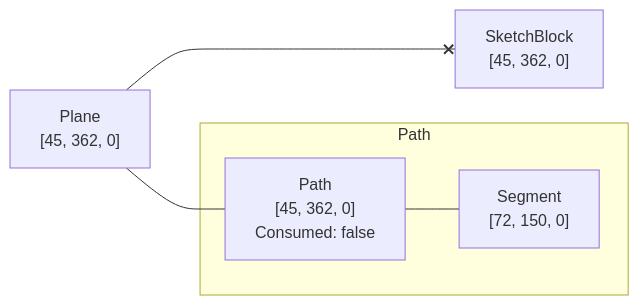
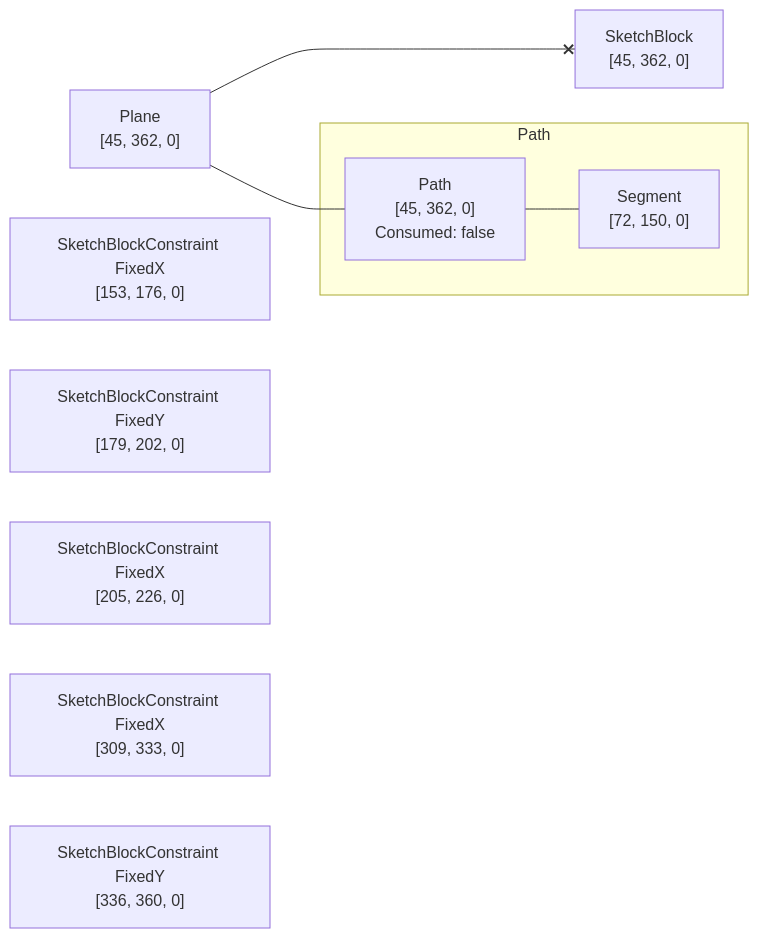
The diagram in rust/kcl-lib/tests/sketch_block_arc_using_center_simple/artifact_graph_flowchart.snap.md (KittyCAD/modeling-app), drawn with Mermaid before and after one commit. The commit also changed 25 other files, not shown here.

````diff
--- a/rust/kcl-lib/tests/sketch_block_arc_using_center_simple/artifact_graph_flowchart.snap.md
+++ b/rust/kcl-lib/tests/sketch_block_arc_using_center_simple/artifact_graph_flowchart.snap.md
@@ -1,16 +1,26 @@
 ```mermaid
 flowchart LR
   subgraph path2 [Path]
     2["Path<br>[45, 362, 0]<br>Consumed: false"]
       %% [ProgramBodyItem { index: 0 }, VariableDeclarationDeclaration, VariableDeclarationInit, SketchBlock]
     3["Segment<br>[72, 150, 0]"]
       %% [ProgramBodyItem { index: 0 }, VariableDeclarationDeclaration, VariableDeclarationInit, SketchBlock]
   end
   1["Plane<br>[45, 362, 0]"]
     %% [ProgramBodyItem { index: 0 }, VariableDeclarationDeclaration, VariableDeclarationInit, SketchBlock]
   4["SketchBlock<br>[45, 362, 0]"]
     %% [ProgramBodyItem { index: 0 }, VariableDeclarationDeclaration, VariableDeclarationInit, SketchBlock]
+  5["SketchBlockConstraint FixedX<br>[153, 176, 0]"]
+    %% [ProgramBodyItem { index: 0 }, VariableDeclarationDeclaration, VariableDeclarationInit, SketchBlock]
+  6["SketchBlockConstraint FixedY<br>[179, 202, 0]"]
+    %% [ProgramBodyItem { index: 0 }, VariableDeclarationDeclaration, VariableDeclarationInit, SketchBlock]
+  7["SketchBlockConstraint FixedX<br>[205, 226, 0]"]
+    %% [ProgramBodyItem { index: 0 }, VariableDeclarationDeclaration, VariableDeclarationInit, SketchBlock]
+  8["SketchBlockConstraint FixedX<br>[309, 333, 0]"]
+    %% [ProgramBodyItem { index: 0 }, VariableDeclarationDeclaration, VariableDeclarationInit, SketchBlock]
+  9["SketchBlockConstraint FixedY<br>[336, 360, 0]"]
+    %% [ProgramBodyItem { index: 0 }, VariableDeclarationDeclaration, VariableDeclarationInit, SketchBlock]
   1 --- 2
   1 <--x 4
   2 --- 3
 ```
````
